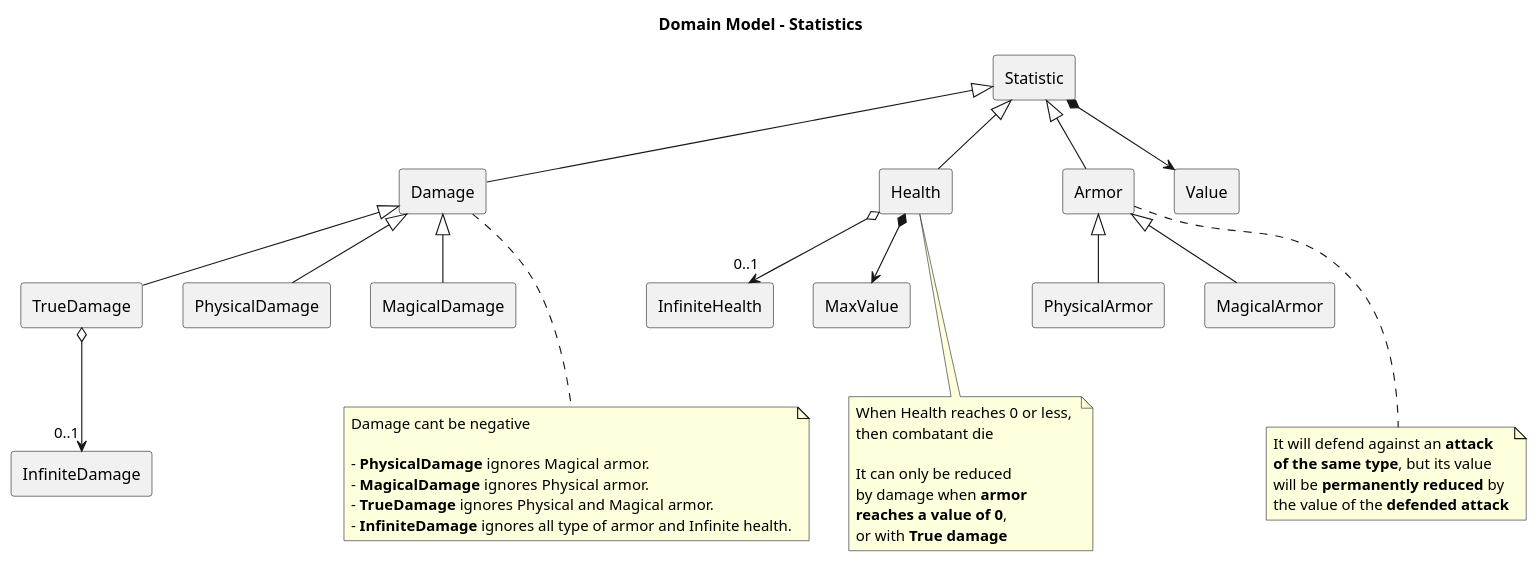
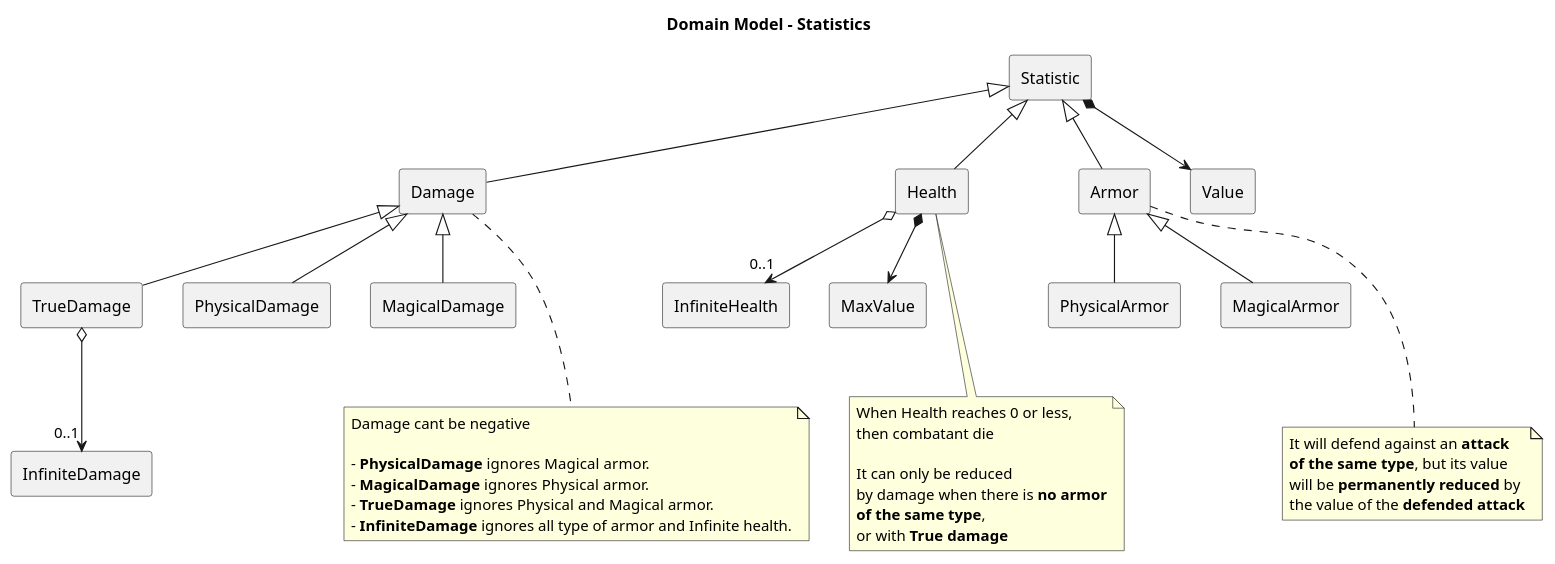
Before and after one commit to DainWs/Crazy-Random-Multiverse: the diagram in docs/development/diagrams/domain_model-statistics.plantuml, drawn with PlantUML. The commit also changed 7 other files, not shown here.

Commit message:
update the diagrams and frontend actions to the current rules

```diff
--- a/docs/development/diagrams/domain_model-statistics.plantuml
+++ b/docs/development/diagrams/domain_model-statistics.plantuml
@@ -1,68 +1,68 @@
 @startuml
 title "Domain Model - Statistics"
 
 rectangle Statistic
 
 rectangle Damage
 rectangle TrueDamage
 rectangle PhysicalDamage
 rectangle MagicalDamage
 rectangle InfiniteDamage
 
 rectangle Health
 rectangle InfiniteHealth
 rectangle MaxValue
 
 rectangle Armor
 rectangle PhysicalArmor
 rectangle MagicalArmor
 
 rectangle Value
 
 Statistic *--> Value
 Statistic <|-- Damage
 Statistic <|-- Health
 Statistic <|-- Armor
 
 Damage <|-- TrueDamage
 Damage <|-- PhysicalDamage
 Damage <|-- MagicalDamage
 
 TrueDamage o--> "0..1" InfiniteDamage
 
 Health *--> MaxValue
 Health o--> "0..1" InfiniteHealth
 
 Armor <|-- PhysicalArmor
 Armor <|-- MagicalArmor
 
 note as DamageNote
  Damage cant be negative
  
  - **PhysicalDamage** ignores Magical armor.
 	- **MagicalDamage** ignores Physical armor.
 	- **TrueDamage** ignores Physical and Magical armor.
 	- **InfiniteDamage** ignores all type of armor and Infinite health.
 end note
 Damage ... DamageNote
 
 note as ArmorNote 
 	It will defend against an **attack** 
 	**of the same type**, but its value 
 	will be **permanently reduced** by 
 	the value of the **defended attack**
 end note
 Armor ... ArmorNote
 
 note as HealthNote
 	When Health reaches 0 or less, 
 	then combatant die
 
 	It can only be reduced 
-	by damage when **armor**
-	**reaches a value of 0**,
+	by damage when there is **no armor**
+	**of the same type**,
 	or with **True damage** 
 end note
 Health ... HealthNote
 
 @enduml
```
